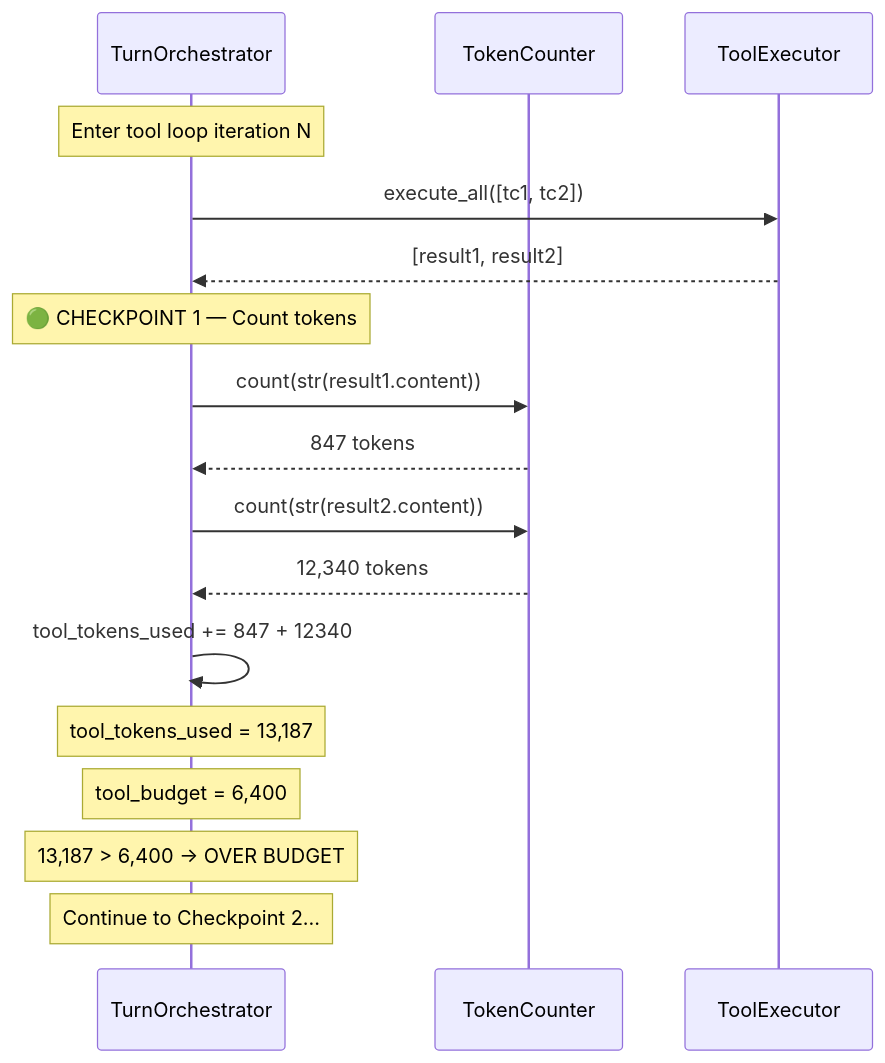
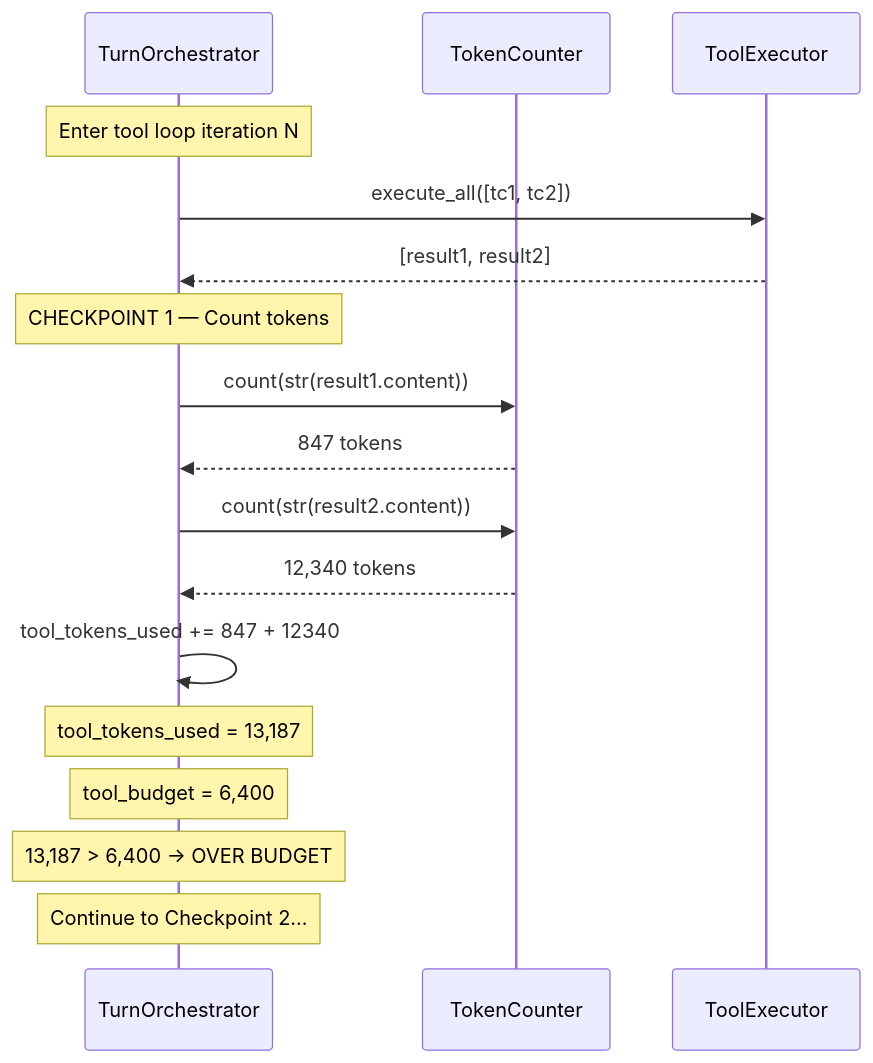
One commit to m1981/kuchnie changed the second of 4 diagrams in kitchen-agent/docs/f01-token-tool-loop.md. Above: the diagram before and after it, drawn with Mermaid. The commit also changed other lines of this file, not shown here.

````diff
--- a/kitchen-agent/docs/f01-token-tool-loop.md
+++ b/kitchen-agent/docs/f01-token-tool-loop.md
@@ -166,23 +106,23 @@
 ```mermaid
 sequenceDiagram
     participant TO as TurnOrchestrator
     participant TC as TokenCounter
     participant TE as ToolExecutor
 
     Note over TO: Enter tool loop iteration N
     TO->>TE: execute_all([tc1, tc2])
     TE-->>TO: [result1, result2]
 
-    Note over TO: 🟢 CHECKPOINT 1 — Count tokens
+    Note over TO: CHECKPOINT 1 — Count tokens
     TO->>TC: count(str(result1.content))
     TC-->>TO: 847 tokens
     TO->>TC: count(str(result2.content))
     TC-->>TO: 12,340 tokens
 
     TO->>TO: tool_tokens_used += 847 + 12340
     Note over TO: tool_tokens_used = 13,187
     Note over TO: tool_budget = 6,400
     Note over TO: 13,187 > 6,400 → OVER BUDGET
 
     Note over TO: Continue to Checkpoint 2...
 ```
````
